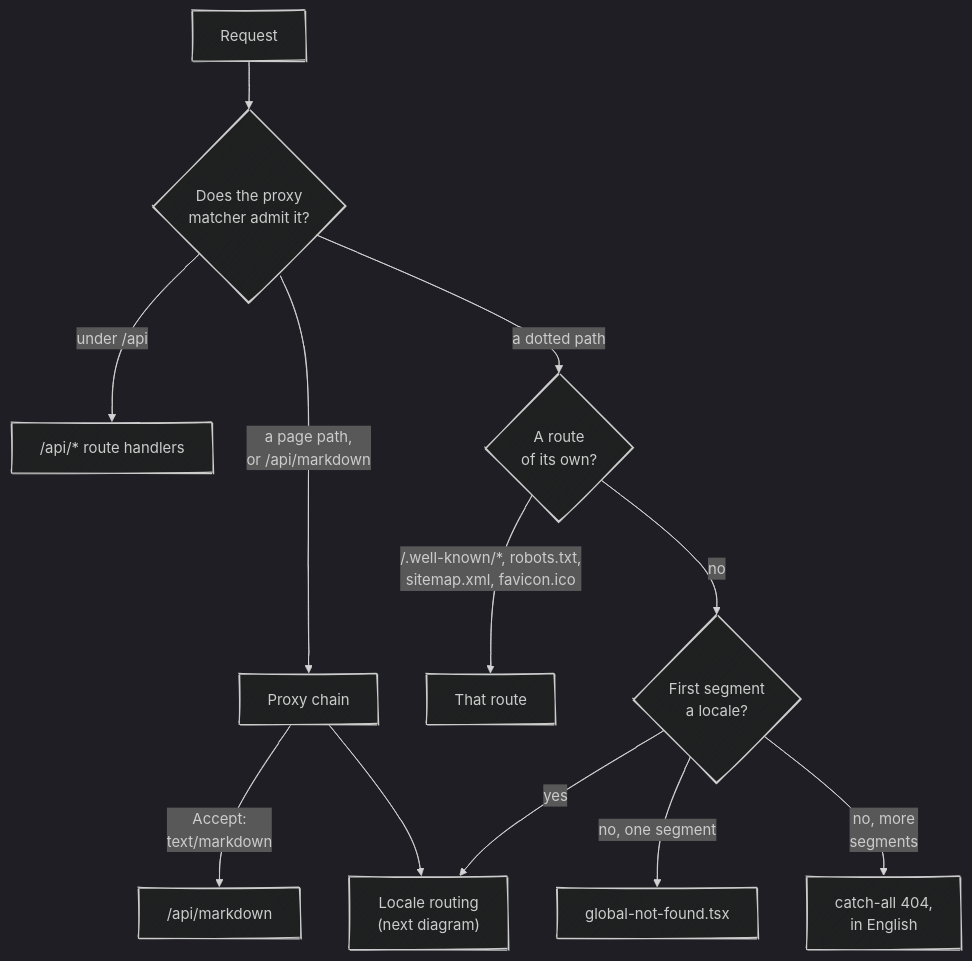
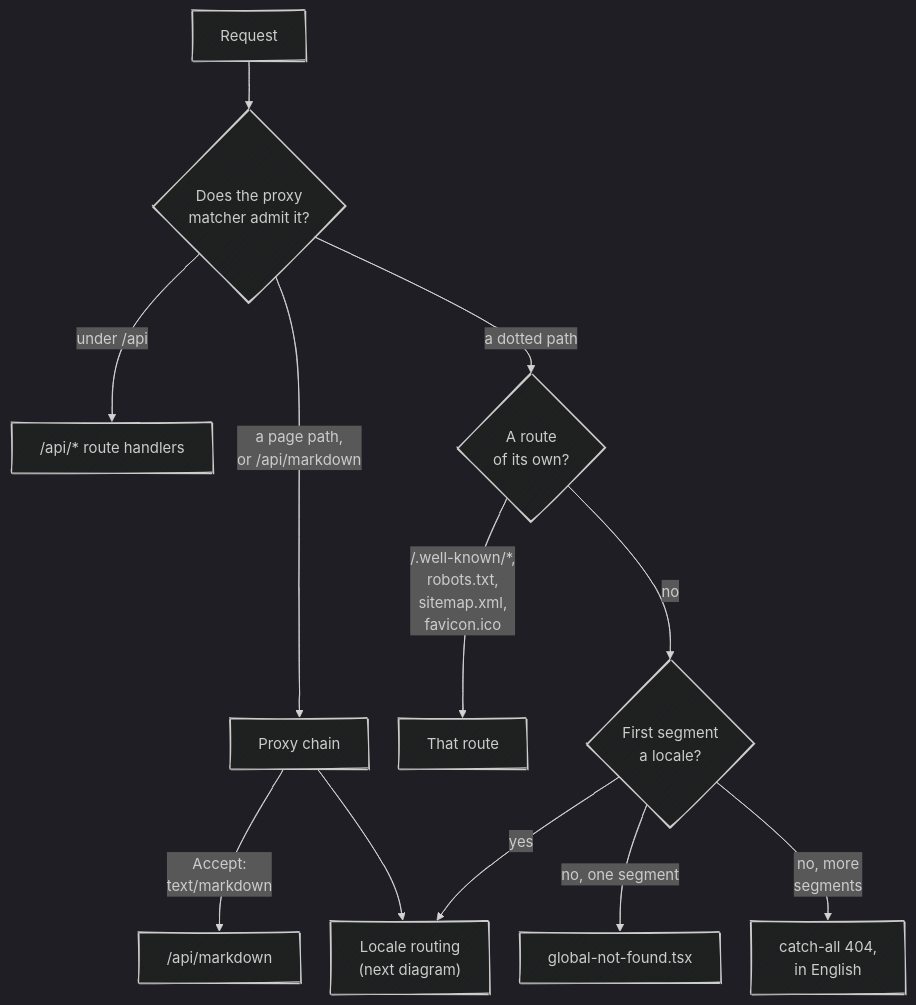
One commit to fbuireu/forever-pto changed the first of 2 diagrams in apps/docs/src/content/docs/architecture/routing.mdx. Above: the diagram before and after it, drawn with Mermaid (dark theme). The commit also changed 26 other files, not shown here.

First line of the commit message:
docs(diagrams): fix split words, overlaps and oversized Mermaid diagrams

````diff
--- a/apps/docs/src/content/docs/architecture/routing.mdx
+++ b/apps/docs/src/content/docs/architecture/routing.mdx
@@ -38,19 +38,21 @@
 ```mermaid
 ---
 config:
   look: handDrawn
   layout: dagre
+  flowchart:
+    nodeSpacing: 30
 ---
 flowchart TD
   REQ[Request] --> M{"Does the proxy<br/>matcher admit it?"}
   M -- "a page path,<br/>or /api/markdown" --> PX["Proxy chain"]
   M -- "under /api" --> API["/api/* route handlers"]
   M -- "a dotted path" --> OWN{"A route<br/>of its own?"}
-  OWN -- "/.well-known/*, robots.txt,<br/>sitemap.xml, favicon.ico" --> WK["That route"]
+  OWN -- "/.well-known/*,<br/>robots.txt,<br/>sitemap.xml,<br/>favicon.ico" --> WK["That route"]
   OWN -- no --> SEG{"First segment<br/>a locale?"}
   PX -->|"Accept:<br/>text/markdown"| MD["/api/markdown"]
   PX --> LOC["Locale routing<br/>(next diagram)"]
   SEG -- yes --> LOC
   SEG -- "no, one segment" --> GNF["global-not-found.tsx"]
   SEG -- "no, more<br/>segments" --> CA["catch-all 404,<br/>in English"]
 ```
````
